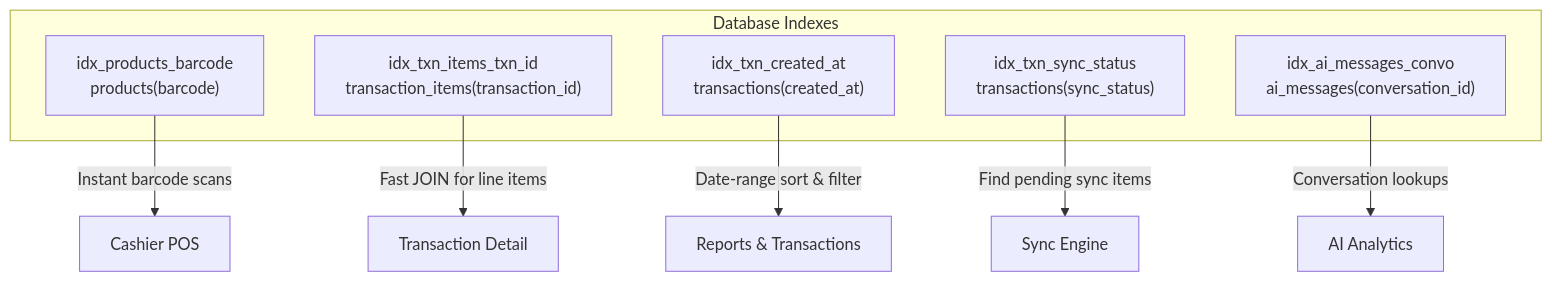
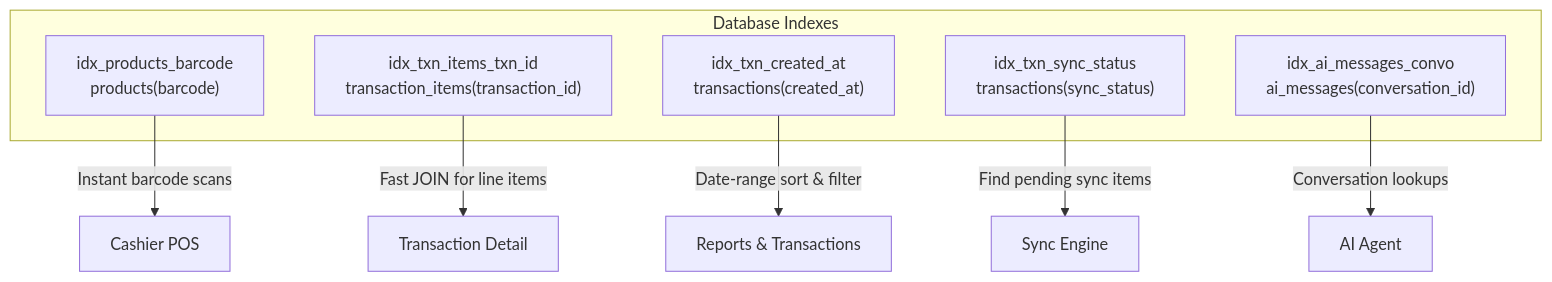
One commit to BootlegYouki/at-iba-pa-pos changed the second of 6 diagrams in docs/11-performance.md. Above: the diagram before and after it, drawn with Mermaid. The commit also changed 10 other files, not shown here.

````diff
--- a/docs/11-performance.md
+++ b/docs/11-performance.md
@@ -58,16 +58,16 @@
 ```mermaid
 graph TD
     subgraph Indexes["Database Indexes"]
         I1["idx_products_barcode<br/>products(barcode)"]
         I2["idx_txn_items_txn_id<br/>transaction_items(transaction_id)"]
         I3["idx_txn_created_at<br/>transactions(created_at)"]
         I4["idx_txn_sync_status<br/>transactions(sync_status)"]
         I5["idx_ai_messages_convo<br/>ai_messages(conversation_id)"]
     end
 
     I1 -->|"Instant barcode scans"| POS["Cashier POS"]
     I2 -->|"Fast JOIN for line items"| TXN["Transaction Detail"]
     I3 -->|"Date-range sort & filter"| Reports["Reports & Transactions"]
     I4 -->|"Find pending sync items"| Sync["Sync Engine"]
-    I5 -->|"Conversation lookups"| AI["AI Analytics"]
+    I5 -->|"Conversation lookups"| AI["AI Agent"]
 ```
````
